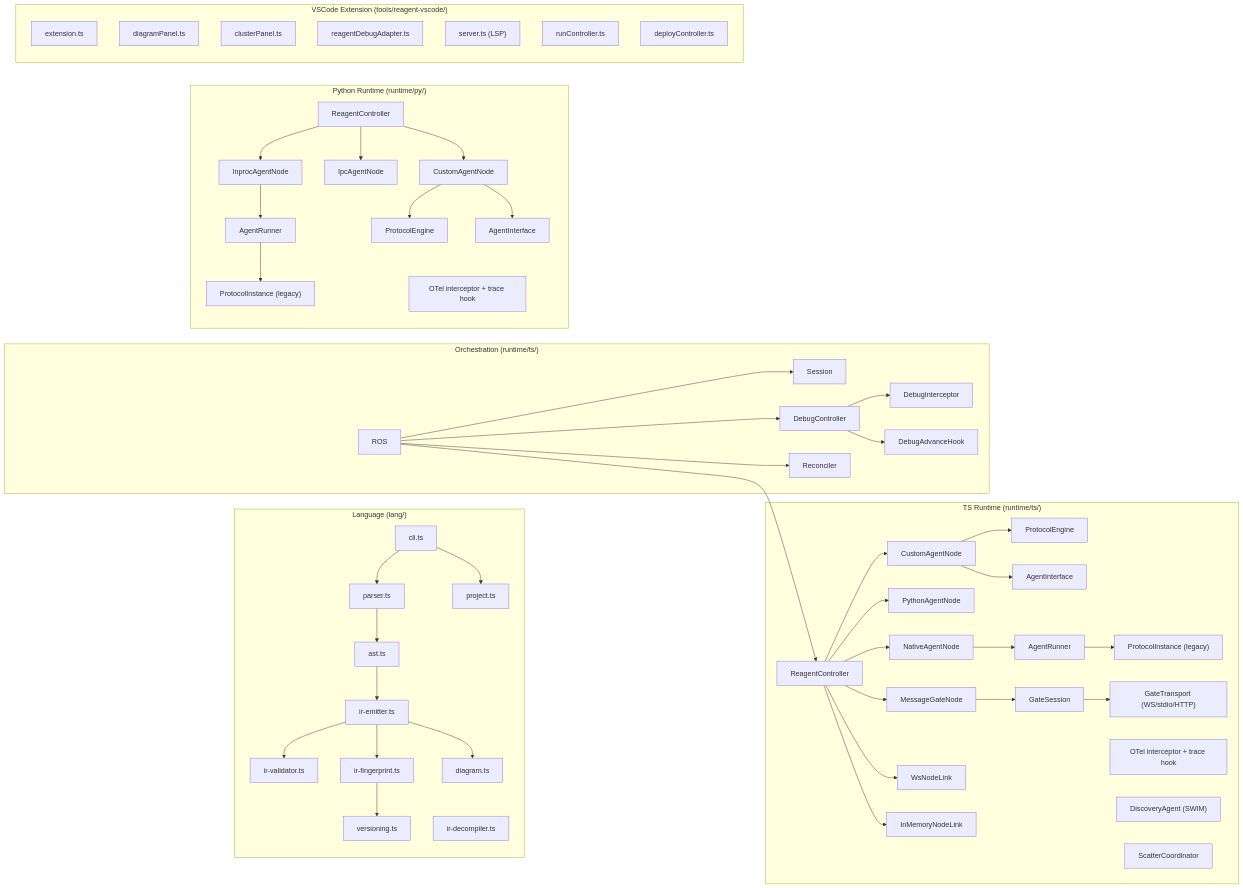
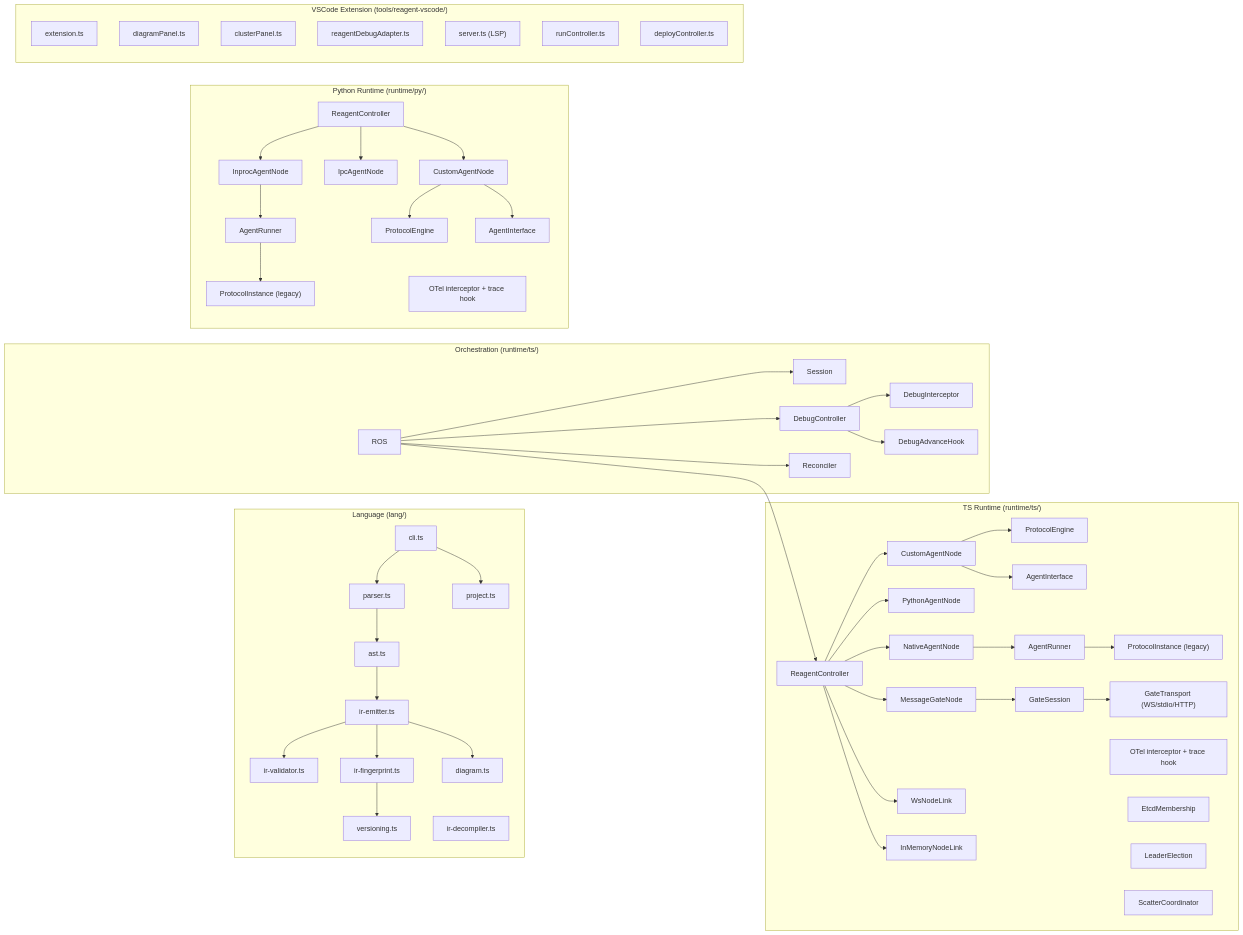
Before and after one commit to psychoveter/reagent: the second of 2 diagrams in docs/current/reagent-registry.md, drawn with Mermaid. The commit also changed other lines of this file and 66 other files, not shown here.

```diff
--- a/docs/current/reagent-registry.md
+++ b/docs/current/reagent-registry.md
@@ -132,7 +133,8 @@
         WsNL["WsNodeLink"]
         IMNL["InMemoryNodeLink"]
         OTel["OTel interceptor + trace hook"]
-        Disc["DiscoveryAgent (SWIM)"]
+        EtcdM["EtcdMembership"]
+        LE["LeaderElection"]
         SC["ScatterCoordinator"]
         
         RC --> NAN
```
